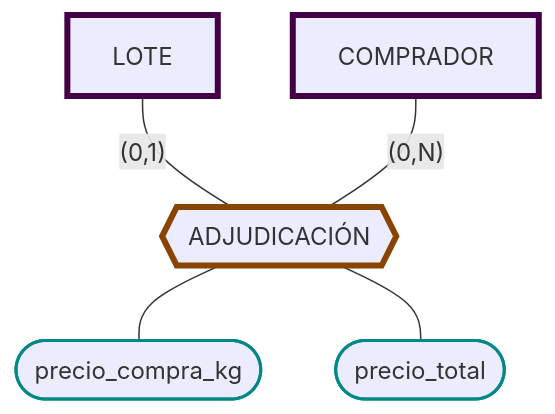
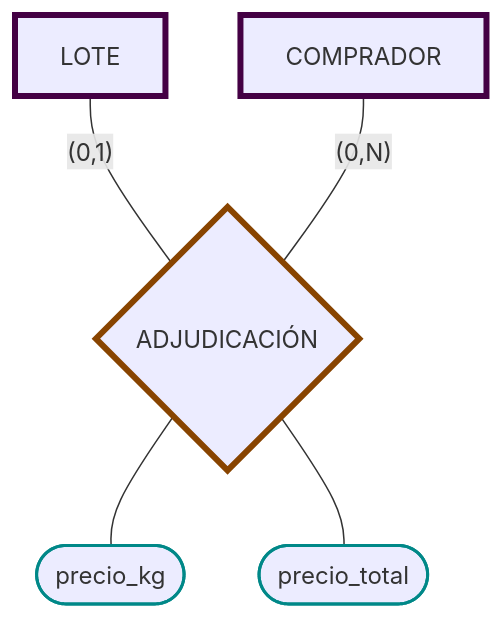
One commit to JulTob/BasesDeDatos changed the diagram in Practica/P1/Schema/Adjudicación.md. Above: the diagram before and after it, drawn with Mermaid. The commit also changed other lines of this file and 16 other files, not shown here.

````diff
--- a/Practica/P1/Schema/Adjudicación.md
+++ b/Practica/P1/Schema/Adjudicación.md
@@ -9,21 +9,21 @@
 ```mermaid
 flowchart TD
   classDef atributo stroke:#088,stroke-width:2px;
   classDef derivado stroke-width:3px, stroke-dasharray:3 3;
   classDef pk stroke:#800,stroke-width:4px;
   classDef fk stroke:#080,stroke-width:4px;
   classDef entidad stroke:#404,stroke-width:4px;
   classDef pkfk stroke:#880,stroke-width:4px;
   classDef relacion stroke:#840,stroke-width:4px;
 
   Lote[LOTE]:::entidad
   Comprador[COMPRADOR]:::entidad
-  Adjudicacion{{ADJUDICACIÓN}}:::relacion
+  Adjudicacion{ADJUDICACIÓN}:::relacion
 
-  Adjudicacion --- precio_kg(["precio_compra_kg"]):::atributo  
+  Adjudicacion --- precio_kg(["precio_kg"]):::atributo
   Adjudicacion --- precio_total([precio_total]):::atributo 
 
   Lote ---|"(0,1)"| Adjudicacion
   Comprador ---|"(0,N)"| Adjudicacion
 
 ```
````
